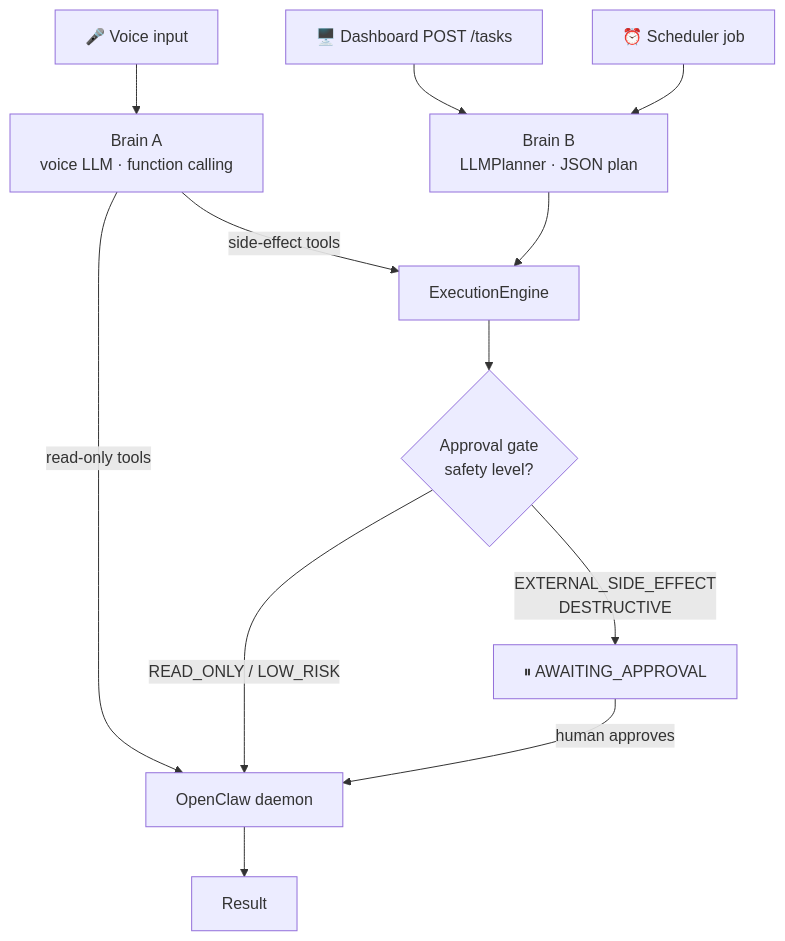
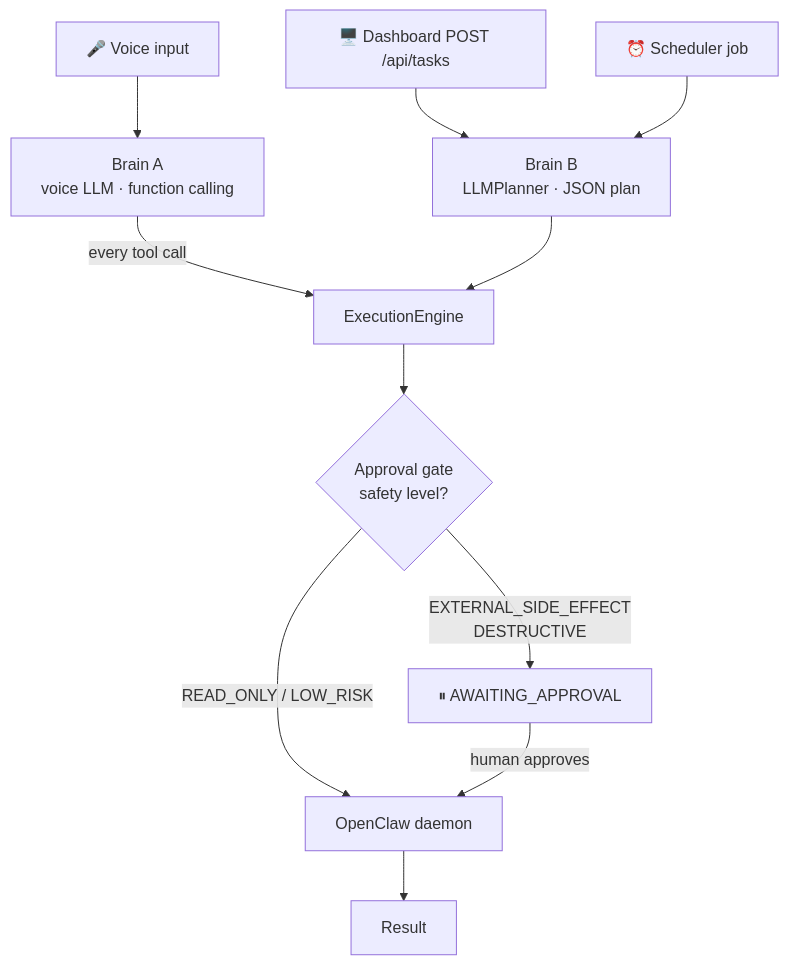
The first of 5 diagrams in ARCHITECTURE.md (KenilGopani/Orion), drawn with Mermaid before and after one commit. The commit also changed other lines of this file and 2 other files, not shown here.

First line of the commit message:
docs: document one-declaration tools and the generated MCP surface

````diff
--- a/ARCHITECTURE.md
+++ b/ARCHITECTURE.md
@@ -78,17 +79,16 @@
 ```mermaid
 flowchart TD
     V["🎤 Voice input"] --> A["Brain A<br/>voice LLM · function calling"]
-    D["🖥️ Dashboard POST /tasks"] --> B["Brain B<br/>LLMPlanner · JSON plan"]
+    D["🖥️ Dashboard POST /api/tasks"] --> B["Brain B<br/>LLMPlanner · JSON plan"]
     S["⏰ Scheduler job"] --> B
 
-    A -->|read-only tools| OC["OpenClaw daemon"]
-    A -->|side-effect tools| E["ExecutionEngine"]
+    A -->|every tool call| E["ExecutionEngine"]
     B --> E
 
     E --> G{"Approval gate<br/>safety level?"}
-    G -->|READ_ONLY / LOW_RISK| OC
+    G -->|READ_ONLY / LOW_RISK| OC["OpenClaw daemon"]
     G -->|EXTERNAL_SIDE_EFFECT<br/>DESTRUCTIVE| W["⏸ AWAITING_APPROVAL"]
     W -->|human approves| OC
 
     OC --> R["Result"]
 ```
````
